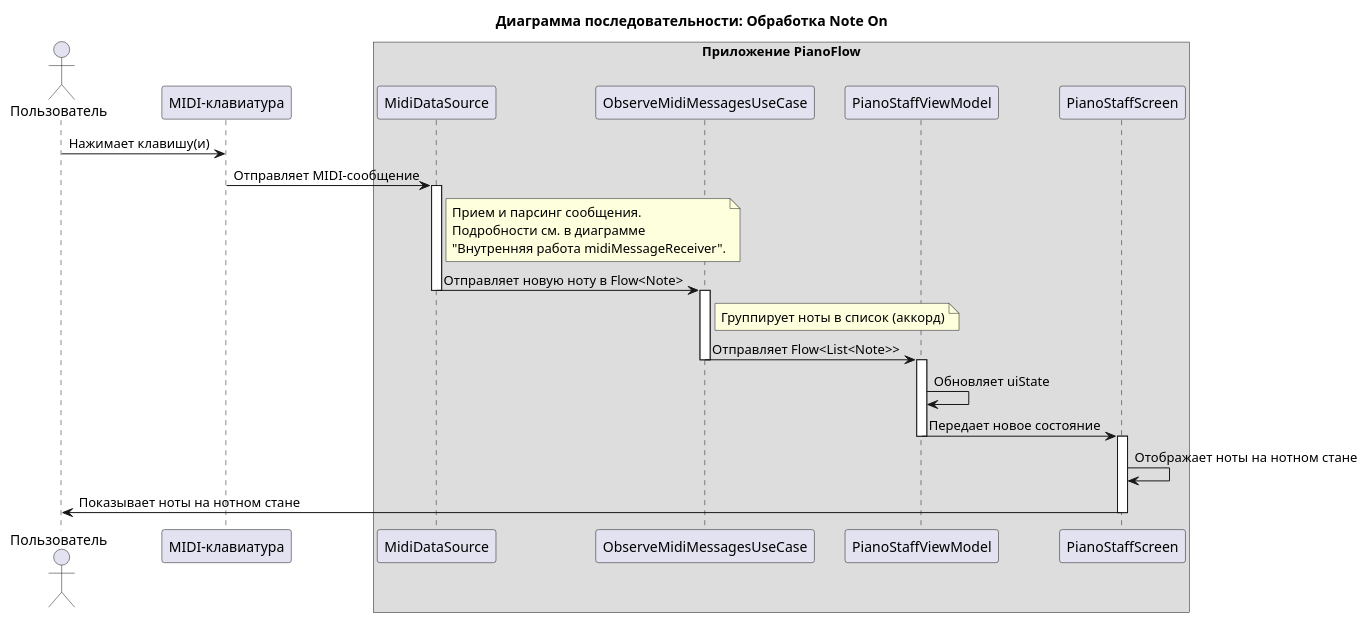
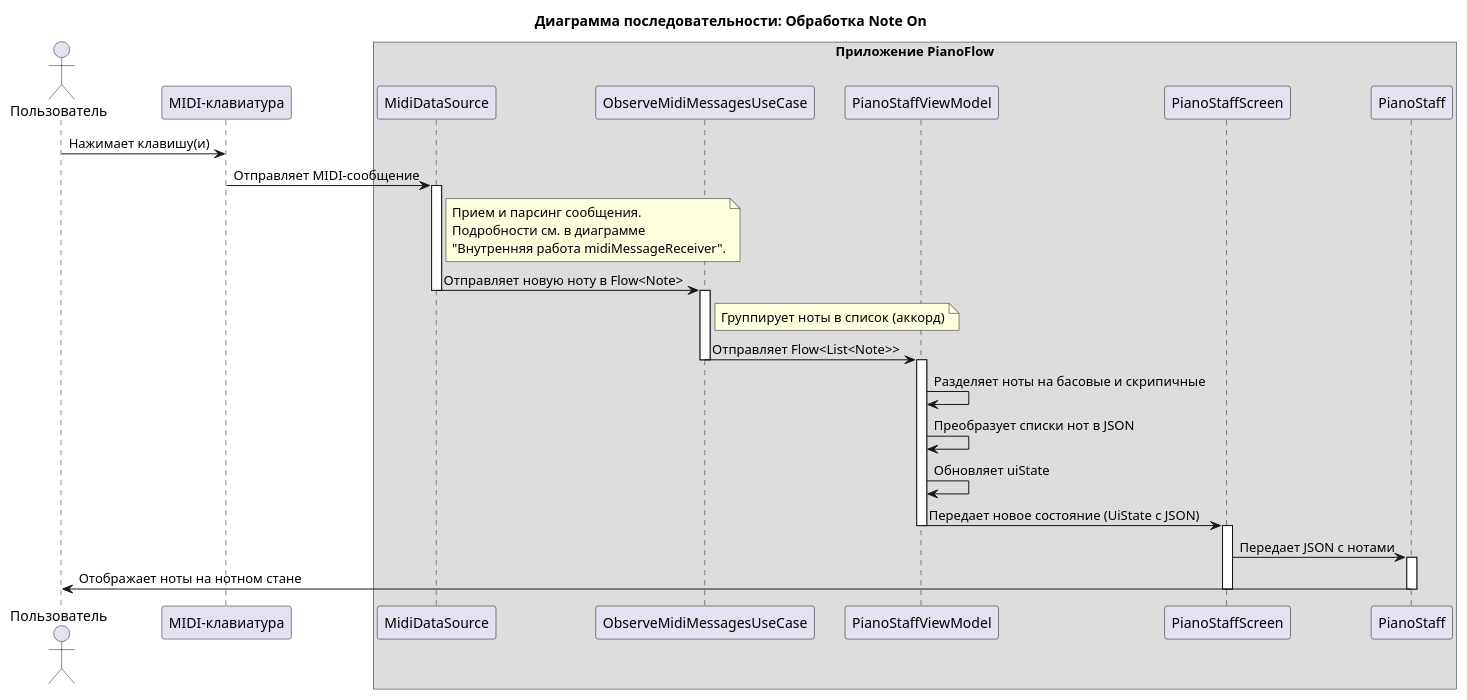
One commit to astrizhachuk/PianoFlow changed the fifth of 5 diagrams in docs/ts/MIDI_MESSAGE_PROCESSING.md. Above: the diagram before and after it, drawn with PlantUML. The commit also changed other lines of this file, not shown here.

````diff
--- a/docs/ts/MIDI_MESSAGE_PROCESSING.md
+++ b/docs/ts/MIDI_MESSAGE_PROCESSING.md
@@ -293,43 +293,48 @@
 ```plantuml
 @startuml
 title Диаграмма последовательности: Обработка Note On
 
 actor Пользователь as User
 participant "MIDI-клавиатура" as Keyboard
 box "Приложение PianoFlow"
   participant "MidiDataSource" as DS
   participant "ObserveMidiMessagesUseCase" as UC
   participant "PianoStaffViewModel" as VM
   participant "PianoStaffScreen" as Screen
+  participant "PianoStaff" as Staff
 end box
 
 User -> Keyboard : Нажимает клавишу(и)
 Keyboard -> DS : Отправляет MIDI-сообщение
 activate DS
 
 note right of DS
   Прием и парсинг сообщения.
   Подробности см. в диаграмме
   "Внутренняя работа midiMessageReceiver".
 end note
 
 DS -> UC : Отправляет новую ноту в Flow<Note>
 deactivate DS
 activate UC
 
 note right of UC: Группирует ноты в список (аккорд)
 UC -> VM : Отправляет Flow<List<Note>>
 deactivate UC
 activate VM
 
+VM -> VM : Разделяет ноты на басовые и скрипичные
+VM -> VM : Преобразует списки нот в JSON
 VM -> VM : Обновляет uiState
-VM -> Screen : Передает новое состояние
+VM -> Screen : Передает новое состояние (UiState с JSON)
 deactivate VM
 activate Screen
 
-Screen -> Screen : Отображает ноты на нотном стане
-Screen -> User : Показывает ноты на нотном стане
+Screen -> Staff : Передает JSON с нотами
+activate Staff
+Staff -> User : Отображает ноты на нотном стане
+deactivate Staff
 deactivate Screen
 
 @enduml
 ```
````
